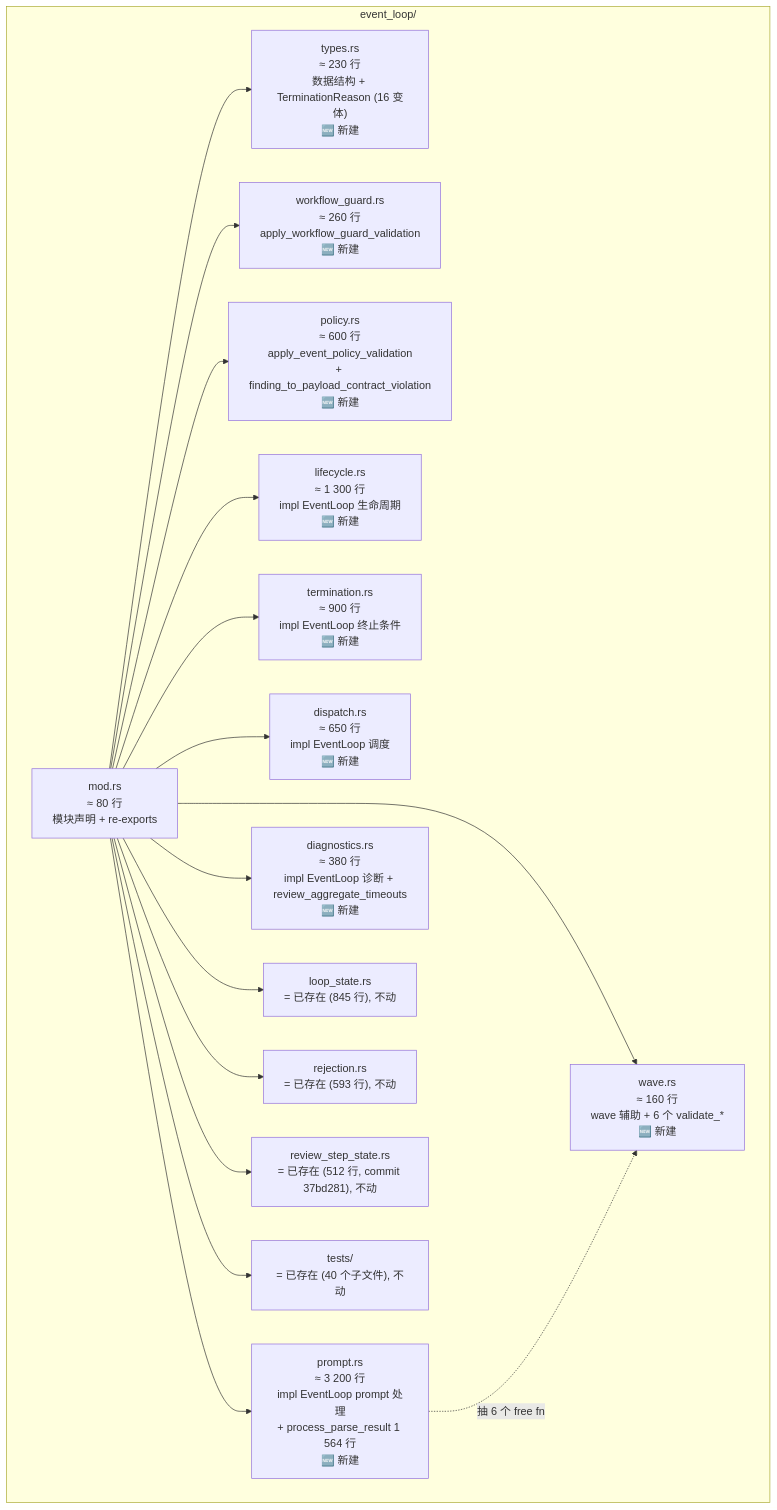
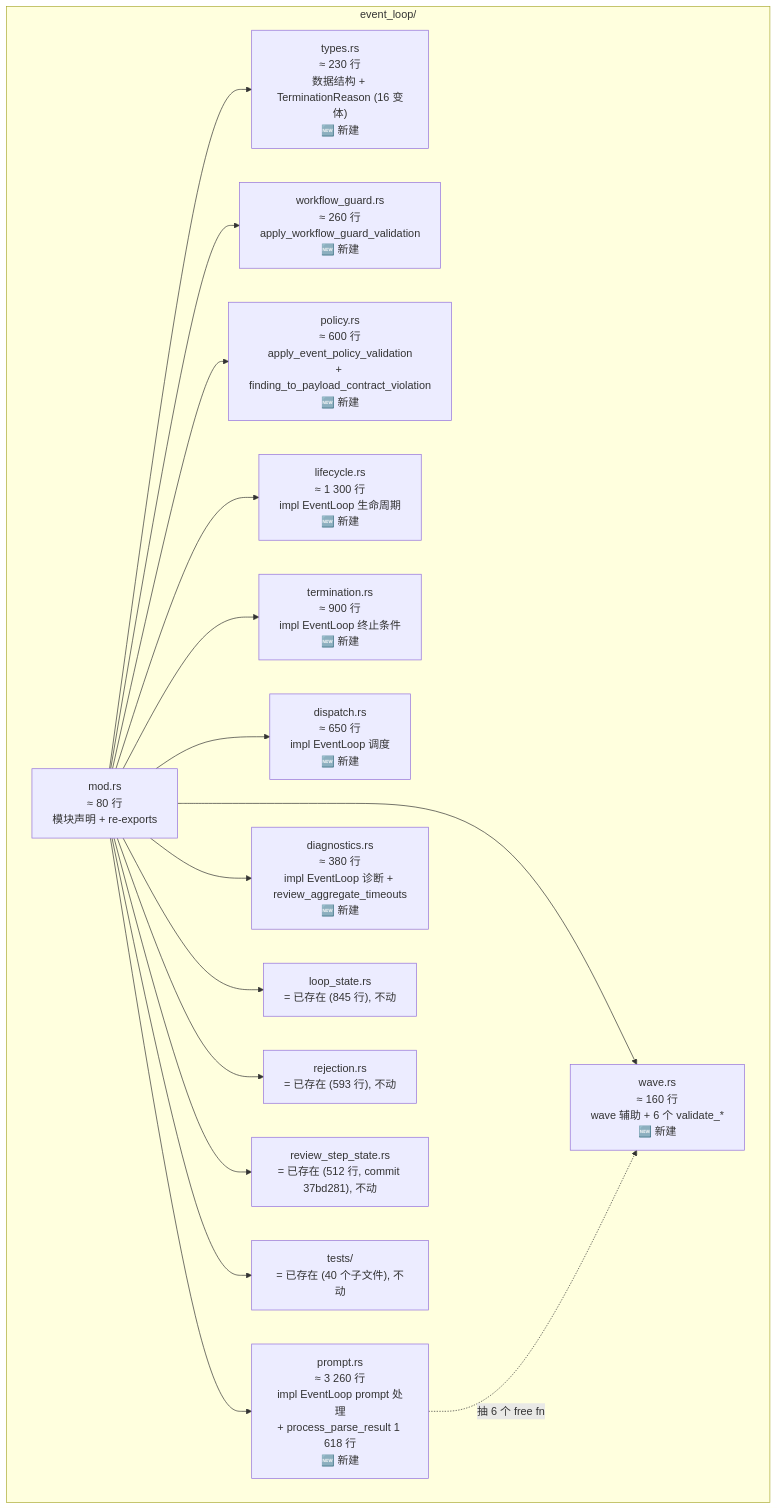
Before and after one commit to pittcat/ralph-orchestrator: the first of 3 diagrams in docs/plans/2026-06-10-003-refactor-event-loop-and-loop-runner-tests-split-plan.md, drawn with Mermaid. The commit also changed other lines of this file and 1 other file, not shown here.

First line of the commit message:
docs(plan): refresh event_loop/tests split baseline to commit 918192a

````diff
--- a/docs/plans/2026-06-10-003-refactor-event-loop-and-loop-runner-tests-split-plan.md
+++ b/docs/plans/2026-06-10-003-refactor-event-loop-and-loop-runner-tests-split-plan.md
@@ -95,33 +96,33 @@
 ```mermaid
 flowchart TB
   subgraph event_loop["event_loop/"]
     mod_rs["mod.rs<br/>≈ 80 行<br/>模块声明 + re-exports"]
     types["types.rs<br/>≈ 230 行<br/>数据结构 + TerminationReason (16 变体)<br/>🆕 新建"]
     workflow["workflow_guard.rs<br/>≈ 260 行<br/>apply_workflow_guard_validation<br/>🆕 新建"]
     policy["policy.rs<br/>≈ 600 行<br/>apply_event_policy_validation<br/>+ finding_to_payload_contract_violation<br/>🆕 新建"]
     lifecycle["lifecycle.rs<br/>≈ 1 300 行<br/>impl EventLoop 生命周期<br/>🆕 新建"]
     termination["termination.rs<br/>≈ 900 行<br/>impl EventLoop 终止条件<br/>🆕 新建"]
     dispatch["dispatch.rs<br/>≈ 650 行<br/>impl EventLoop 调度<br/>🆕 新建"]
-    prompt["prompt.rs<br/>≈ 3 200 行<br/>impl EventLoop prompt 处理<br/>+ process_parse_result 1 564 行<br/>🆕 新建"]
+    prompt["prompt.rs<br/>≈ 3 260 行<br/>impl EventLoop prompt 处理<br/>+ process_parse_result 1 618 行<br/>🆕 新建"]
     diagnostics["diagnostics.rs<br/>≈ 380 行<br/>impl EventLoop 诊断 + review_aggregate_timeouts<br/>🆕 新建"]
     wave["wave.rs<br/>≈ 160 行<br/>wave 辅助 + 6 个 validate_*<br/>🆕 新建"]
     loop_state["loop_state.rs<br/>= 已存在 (845 行), 不动"]
     rejection["rejection.rs<br/>= 已存在 (593 行), 不动"]
     review_step["review_step_state.rs<br/>= 已存在 (512 行, commit 37bd281), 不动"]
     tests["tests/<br/>= 已存在 (40 个子文件), 不动"]
   end
   mod_rs --> types
   mod_rs --> workflow
   mod_rs --> policy
   mod_rs --> lifecycle
   mod_rs --> termination
   mod_rs --> dispatch
   mod_rs --> prompt
   mod_rs --> diagnostics
   mod_rs --> wave
   mod_rs --> loop_state
   mod_rs --> rejection
   mod_rs --> review_step
   mod_rs --> tests
   prompt -.抽 6 个 free fn.-> wave
 ```
````
